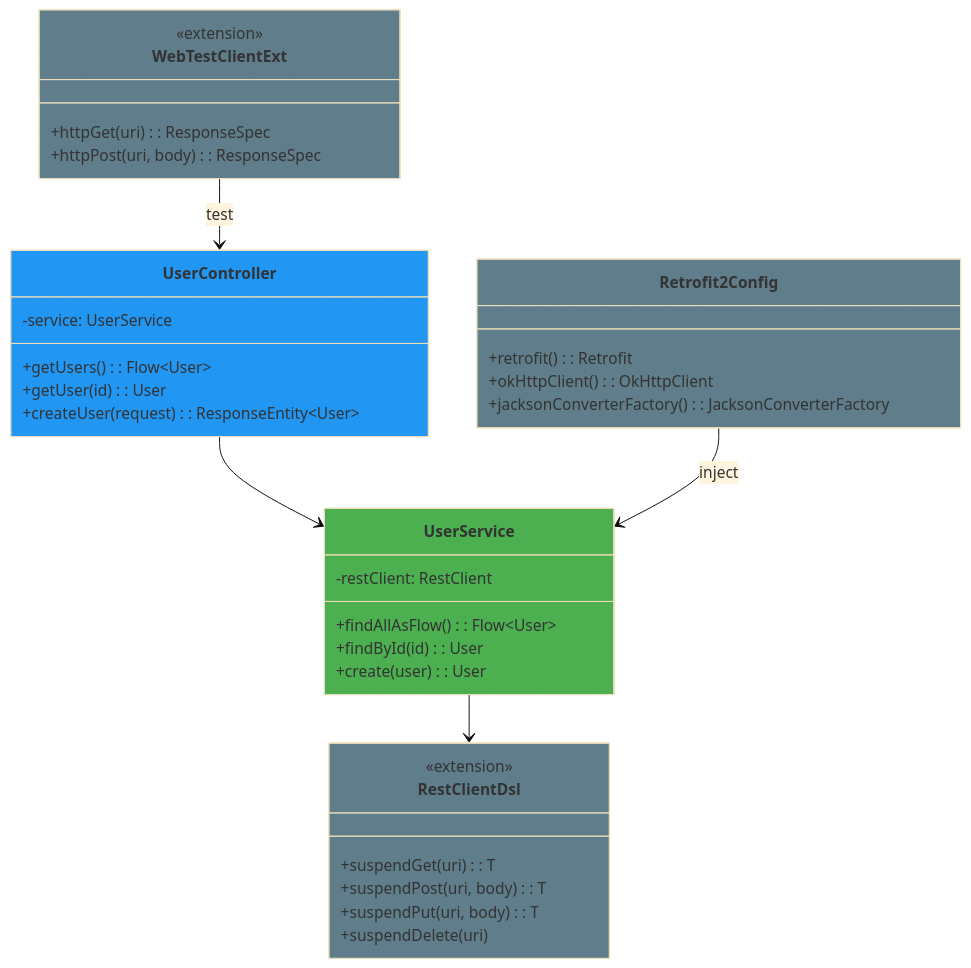
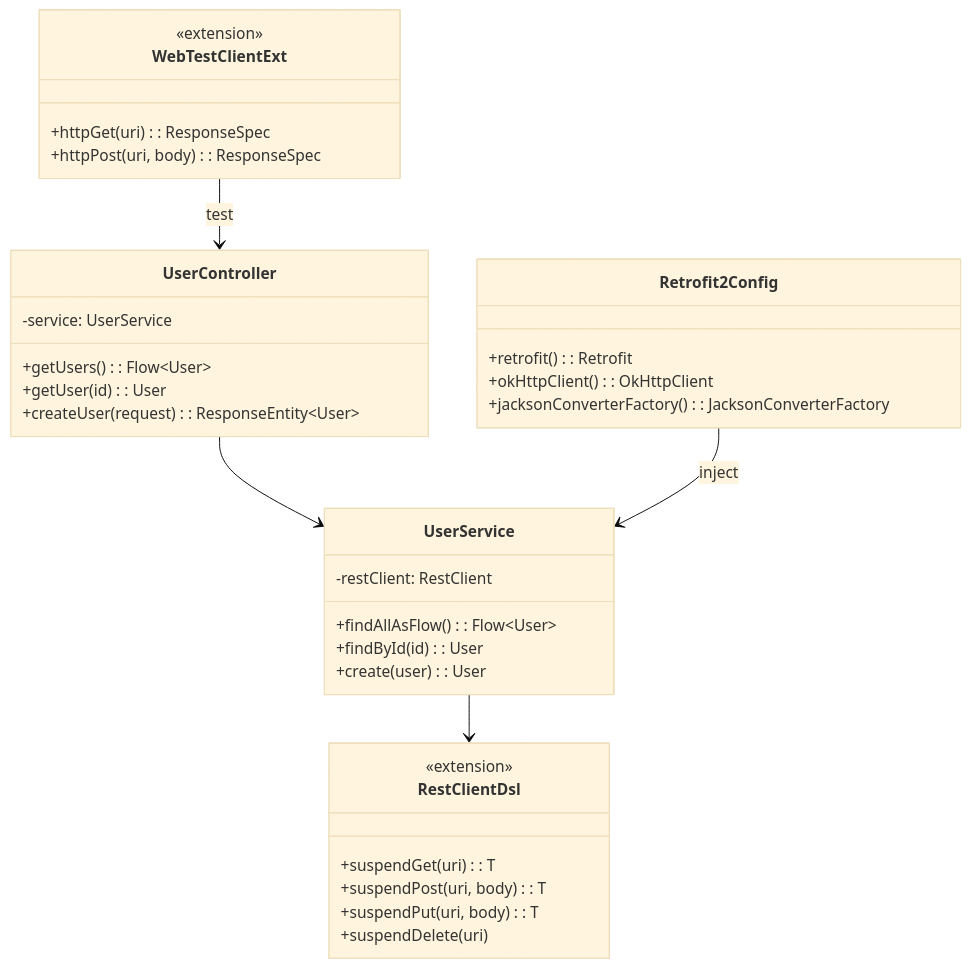
Before and after one commit to bluetape4k/bluetape4k-projects: the first of 4 diagrams in spring-boot4/core/README.md, drawn with Mermaid (base theme). The commit also changed other lines of this file and 95 other files, not shown here.

First line of the commit message:
docs: Mermaid 파서 오류 전체 수정 (IntelliJ IDEA 호환)

````diff
--- a/spring-boot4/core/README.md
+++ b/spring-boot4/core/README.md
@@ -172,43 +172,37 @@
 ```mermaid
 classDiagram
-    class UserController:::controllerStyle {
+    class UserController {
         -service: UserService
         +getUsers(): Flow~User~
         +getUser(id): User
         +createUser(request): ResponseEntity~User~
     }
-    class UserService:::serviceStyle {
+    class UserService {
         -restClient: RestClient
         +findAllAsFlow(): Flow~User~
         +findById(id): User
         +create(user): User
     }
-    class RestClientDsl:::configStyle {
+    class RestClientDsl {
         <<extension>>
         +suspendGet(uri): T
         +suspendPost(uri, body): T
         +suspendPut(uri, body): T
         +suspendDelete(uri)
     }
-    class WebTestClientExt:::configStyle {
+    class WebTestClientExt {
         <<extension>>
         +httpGet(uri): ResponseSpec
         +httpPost(uri, body): ResponseSpec
     }
-    class Retrofit2Config:::configStyle {
+    class Retrofit2Config {
         +retrofit(): Retrofit
         +okHttpClient(): OkHttpClient
         +jacksonConverterFactory(): JacksonConverterFactory
     }
-    classDef controllerStyle fill:#2196F3
-    classDef serviceStyle fill:#4CAF50
-    classDef repoStyle fill:#9C27B0
-    classDef entityStyle fill:#FF9800
-    classDef configStyle fill:#607D8B
-    classDef cacheStyle fill:#F44336
 
     UserController --> UserService
     UserService --> RestClientDsl
     Retrofit2Config --> UserService : inject
     WebTestClientExt --> UserController : test
 ```
````
